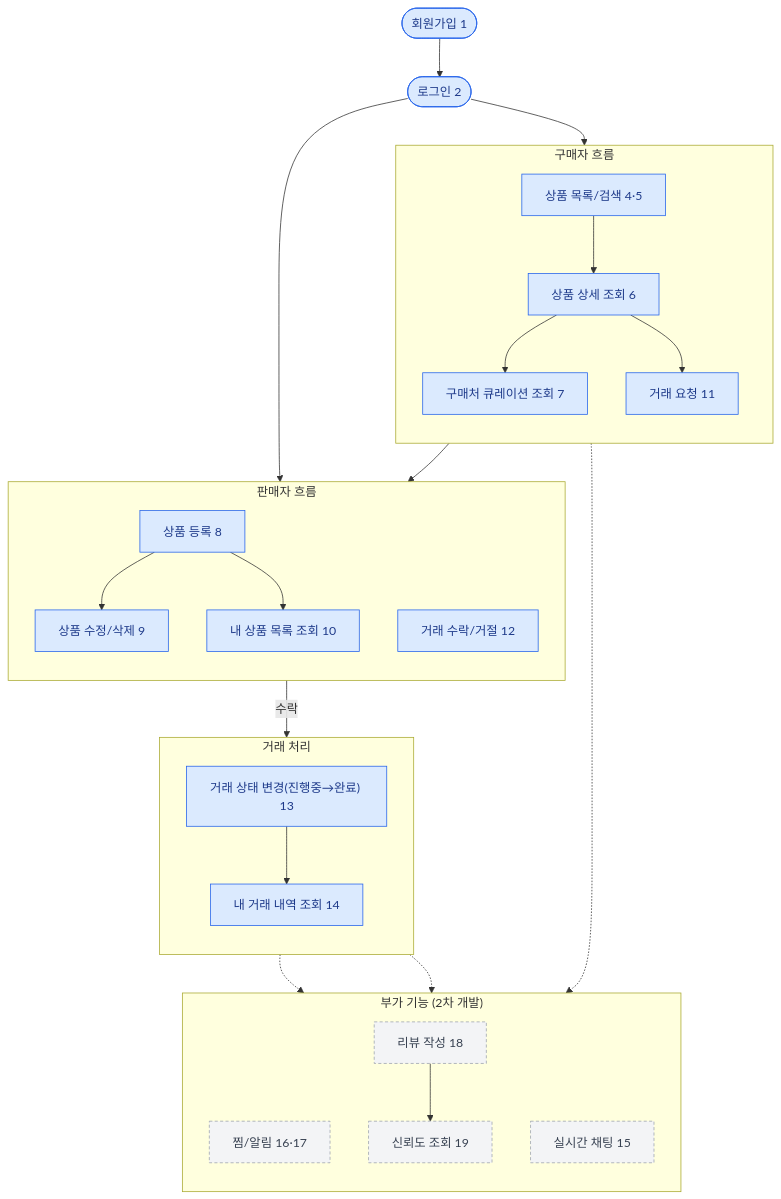
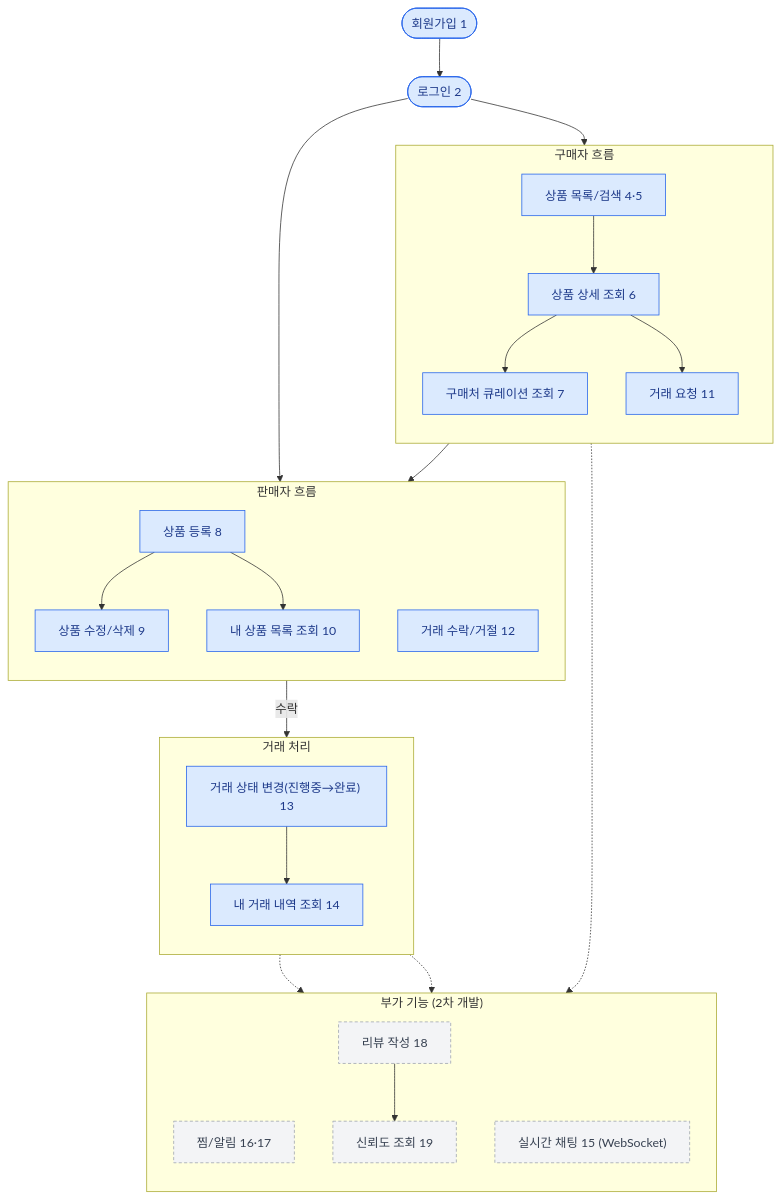
Before and after one commit to oshi-market/oshi-market: the diagram in 1_MVP기획서.md, drawn with Mermaid. The commit also changed other lines of this file, not shown here.

Commit message:
docs: 부가 기능 담당자 및 기술 방향 반영 (채팅 WebSocket, 리뷰/신뢰도)

````diff
--- a/1_MVP기획서.md
+++ b/1_MVP기획서.md
@@ -13,47 +13,47 @@
 ```mermaid
 flowchart TD
     Start([회원가입 1]) --> Login([로그인 2])
 
     subgraph 구매자흐름["구매자 흐름"]
         direction TB
         B1[상품 목록/검색 4·5] --> B2[상품 상세 조회 6]
         B2 --> B3[구매처 큐레이션 조회 7]
         B2 --> B4[거래 요청 11]
     end
 
     subgraph 판매자흐름["판매자 흐름"]
         direction TB
         S1[상품 등록 8] --> S2[상품 수정/삭제 9]
         S1 --> S3[내 상품 목록 조회 10]
         B4 --> S4[거래 수락/거절 12]
     end
 
     Login --> B1
     Login --> S1
 
     subgraph 거래["거래 처리"]
         direction TB
         T1["거래 상태 변경(진행중→완료) 13"] --> T2[내 거래 내역 조회 14]
     end
 
     S4 -->|수락| T1
 
     subgraph 부가["부가 기능 (2차 개발)"]
         direction TB
         E1[찜/알림 16·17]
-        E2[실시간 채팅 15]
+        E2["실시간 채팅 15 (WebSocket)"]
         E3[리뷰 작성 18]
         E4[신뢰도 조회 19]
         E3 --> E4
     end
 
     B2 -.-> E1
     T1 -.-> E2
     T2 -.-> E3
 
     classDef core fill:#dbeafe,stroke:#2563eb,color:#1e3a8a
     classDef extra fill:#f3f4f6,stroke:#9ca3af,color:#374151,stroke-dasharray: 4 3
 
     class Start,Login,B1,B2,B3,B4,S1,S2,S3,S4,T1,T2 core
     class E1,E2,E3,E4 extra
 ```
````
